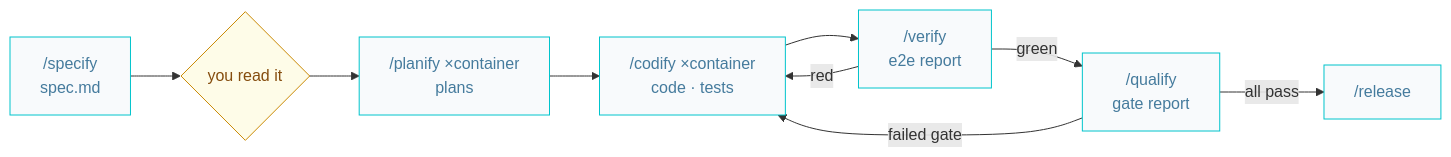
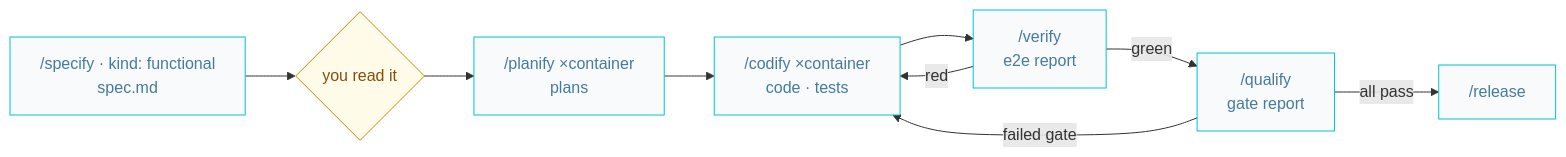
Before and after one commit to AIDDbot/AIDDbot: the third of 5 diagrams in docs/AIDD.workflow.md, drawn with Mermaid. The commit also changed other lines of this file and 15 other files, not shown here.

````diff
--- a/docs/AIDD.workflow.md
+++ b/docs/AIDD.workflow.md
@@ -76,14 +76,14 @@
 ```mermaid
 flowchart LR
   classDef nd fill:#f8fafc,stroke:#00c4cc,color:#457b9d
   classDef q fill:#fefce8,stroke:#ca8a04,color:#854d0e
 
-  SPEC["/specify<br/>spec.md"]:::nd --> CHK{"you read it"}:::q
+  SPEC["/specify · kind: functional<br/>spec.md"]:::nd --> CHK{"you read it"}:::q
   CHK --> PLAN["/planify ×container<br/>plans"]:::nd
   PLAN --> CODE["/codify ×container<br/>code · tests"]:::nd
   CODE --> VER["/verify<br/>e2e report"]:::nd
   VER -->|red| CODE
   VER -->|green| QLF["/qualify<br/>gate report"]:::nd
   QLF -->|failed gate| CODE
   QLF -->|all pass| REL["/release"]:::nd
 ```
````
